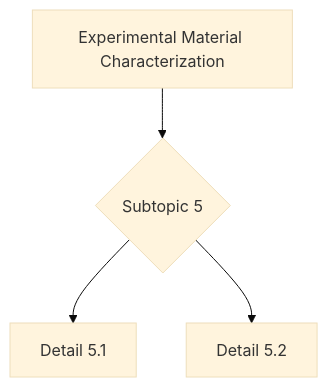
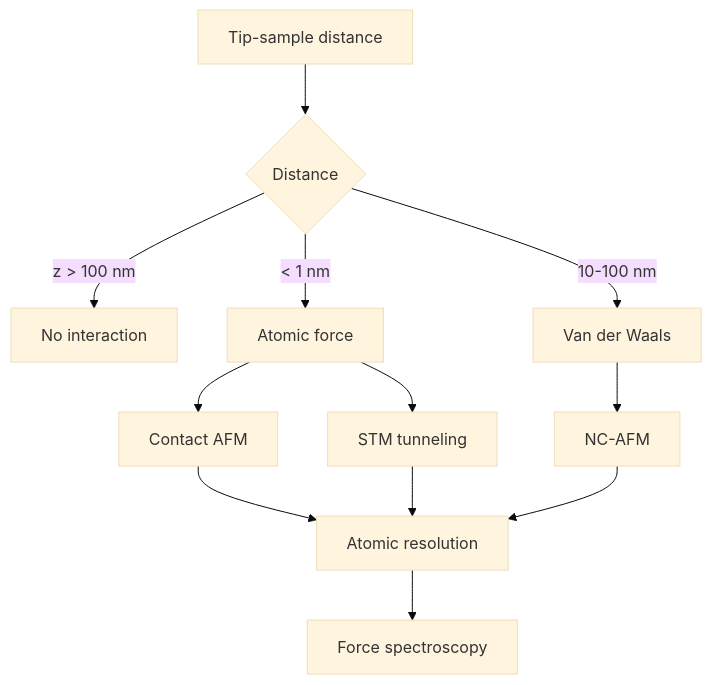
One commit to yip-lgtm/PhysicsSelfStudy changed the tenth of 10 diagrams in 03_MSc_Physics/advanced_materials_concentration/MSPY_5220_Experimental_Material_Char/README.md. Above: the diagram before and after it, drawn with Mermaid (base theme). The commit also changed other lines of this file and 21 other files, not shown here.

````diff
--- a/03_MSc_Physics/advanced_materials_concentration/MSPY_5220_Experimental_Material_Char/README.md
+++ b/03_MSc_Physics/advanced_materials_concentration/MSPY_5220_Experimental_Material_Char/README.md
@@ -291,6 +620,14 @@
 ```mermaid
 graph TD
-    A[Experimental Material Characterization] --> B{Subtopic 5}
-    B --> C[Detail 5.1]
-    B --> D[Detail 5.2]
+    A[Tip-sample distance] --> B{Distance}
+    B -->|z > 100 nm| C[No interaction]
+    B -->|10-100 nm| D[Van der Waals]
+    B -->|< 1 nm| E[Atomic force]
+    D --> F[NC-AFM]
+    E --> G[Contact AFM]
+    E --> H[STM tunneling]
+    G --> I[Atomic resolution]
+    H --> I
+    F --> I
+    I --> J[Force spectroscopy]
 ```
````
